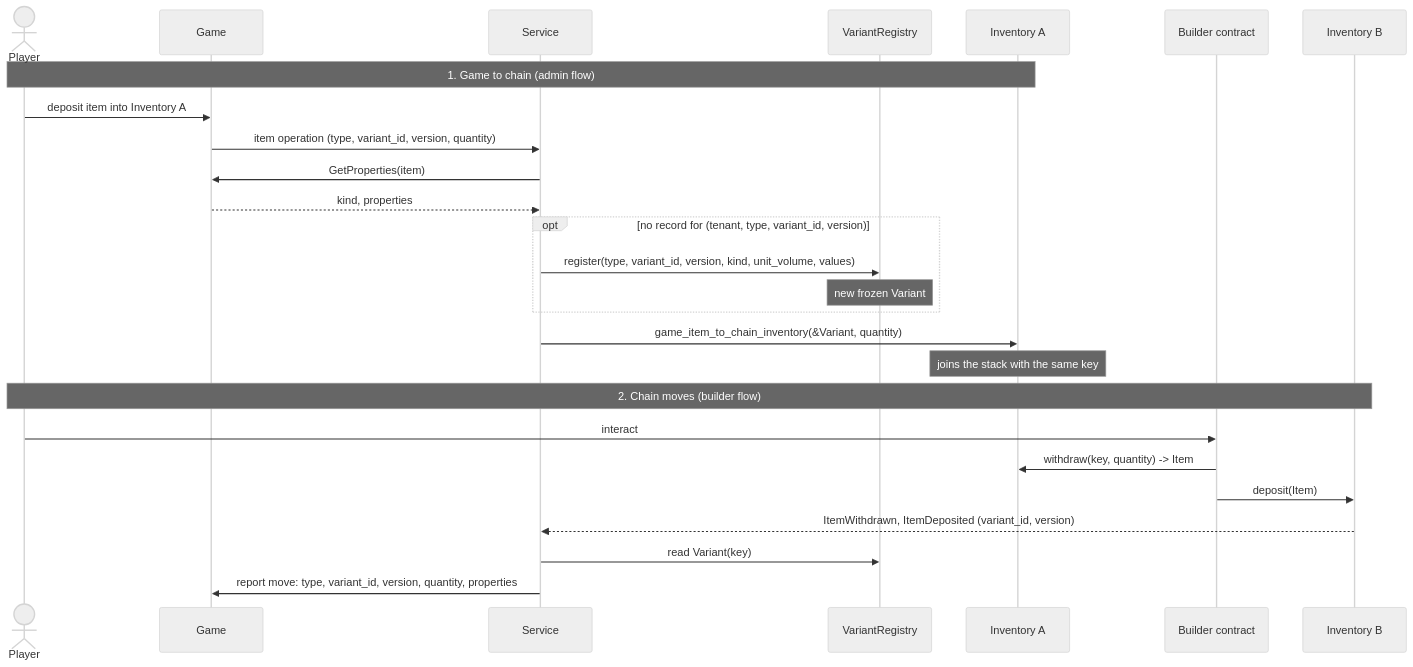
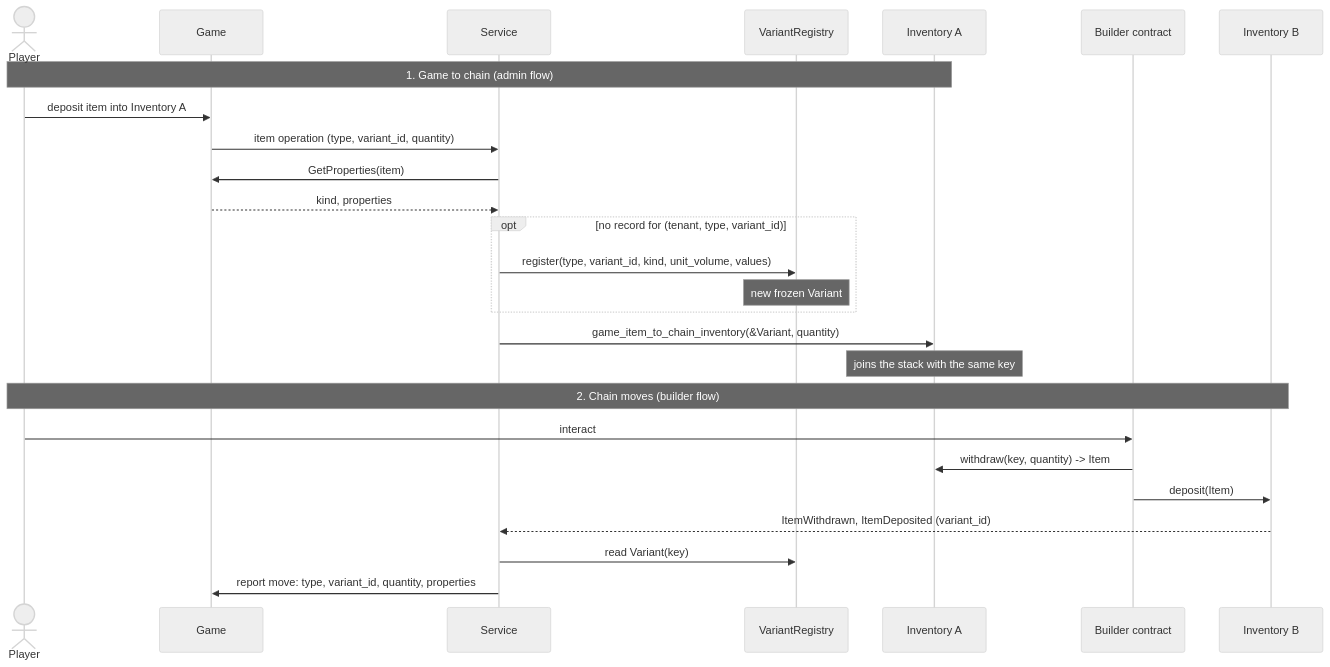
One commit to evefrontier/world-contracts changed the second of 2 diagrams in docs/adr/0006-neotypes-on-chain.md. Above: the diagram before and after it, drawn with Mermaid (neutral theme). The commit also changed other lines of this file, not shown here.

````diff
--- a/docs/adr/0006-neotypes-on-chain.md
+++ b/docs/adr/0006-neotypes-on-chain.md
@@ -75,30 +76,30 @@
 ```mermaid
 sequenceDiagram
     actor Player
     participant Game
     participant Service
     participant Var as VariantRegistry
     participant InvA as Inventory A
     participant Ext as Builder contract
     participant InvB as Inventory B
 
     Note over Player,InvA: 1. Game to chain (admin flow)
     Player->>Game: deposit item into Inventory A
-    Game->>Service: item operation (type, variant_id, version, quantity)
+    Game->>Service: item operation (type, variant_id, quantity)
     Service->>Game: GetProperties(item)
     Game-->>Service: kind, properties
-    opt no record for (tenant, type, variant_id, version)
-        Service->>Var: register(type, variant_id, version, kind, unit_volume, values)
+    opt no record for (tenant, type, variant_id)
+        Service->>Var: register(type, variant_id, kind, unit_volume, values)
         Note over Var: new frozen Variant
     end
     Service->>InvA: game_item_to_chain_inventory(&Variant, quantity)
     Note over InvA: joins the stack with the same key
 
     Note over Player,InvB: 2. Chain moves (builder flow)
     Player->>Ext: interact
     Ext->>InvA: withdraw(key, quantity) -> Item
     Ext->>InvB: deposit(Item)
-    InvB-->>Service: ItemWithdrawn, ItemDeposited (variant_id, version)
+    InvB-->>Service: ItemWithdrawn, ItemDeposited (variant_id)
     Service->>Var: read Variant(key)
-    Service->>Game: report move: type, variant_id, version, quantity, properties
+    Service->>Game: report move: type, variant_id, quantity, properties
 ```
````
